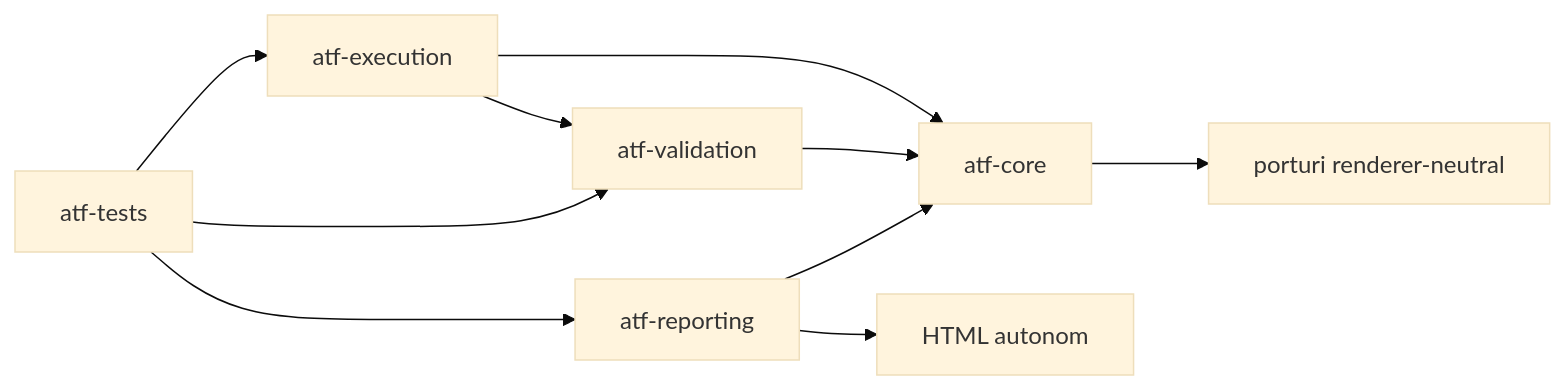
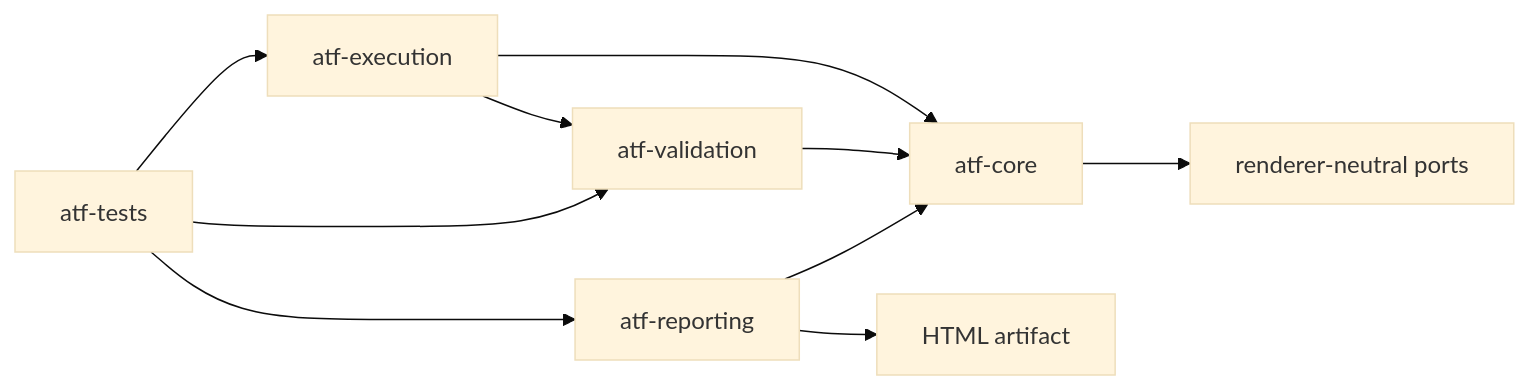
Before and after one commit to crististefanita/demo2: the second of 3 diagrams in README.md, drawn with Mermaid (base theme). The commit also changed other lines of this file and 17 other files, not shown here.

Commit message:
Update Java ATF reporting and contract parity

````diff
--- a/README.md
+++ b/README.md
@@ -107,12 +80,12 @@
 ```mermaid
 flowchart LR
-    Tests[atf-tests] --> Module[atf-execution]
+    Tests[atf-tests] --> Execution[atf-execution]
     Tests --> Validation[atf-validation]
     Tests --> Reporting[atf-reporting]
-    Module --> Core[atf-core]
-    Module --> Validation
+    Execution --> Core[atf-core]
+    Execution --> Validation
     Validation --> Core
     Reporting --> Core
-    Core --> Ports[porturi renderer-neutral]
-    Reporting --> Html[HTML autonom]
+    Core --> Ports[renderer-neutral ports]
+    Reporting --> Artifact[HTML artifact]
 ```
````
